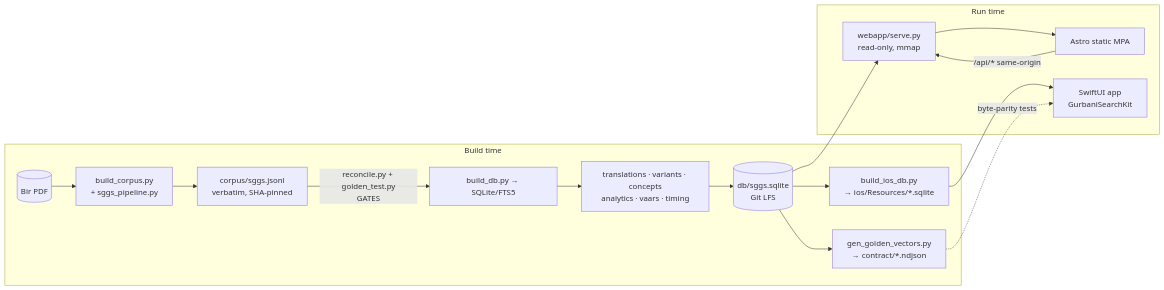
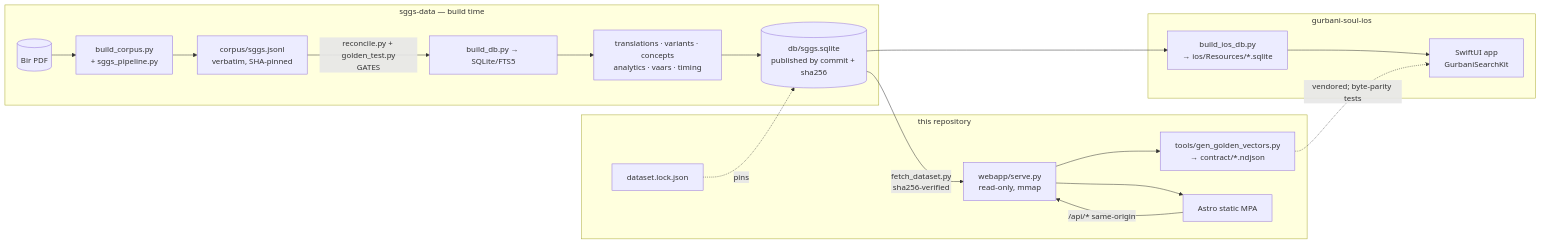
Before and after one commit to Algorythmos-AI/sggs-knowledge-base: the second of 3 diagrams in docs/architecture/overview.md, drawn with Mermaid. The commit also changed other lines of this file and 288 other files, not shown here.

````diff
--- a/docs/architecture/overview.md
+++ b/docs/architecture/overview.md
@@ -29,20 +29,23 @@
 ```mermaid
 flowchart LR
-    subgraph build[Build time]
+    subgraph data[sggs-data — build time]
       PDF[(Bir PDF)] --> corpus[build_corpus.py<br/>+ sggs_pipeline.py]
       corpus --> jsonl[corpus/sggs.jsonl<br/>verbatim, SHA-pinned]
       jsonl -->|reconcile.py + golden_test.py<br/>GATES| db[build_db.py → SQLite/FTS5]
       db --> enrich[translations · variants · concepts<br/>analytics · vaars · timing]
-      enrich --> sqlite[(db/sggs.sqlite<br/>Git LFS)]
-      sqlite --> contract[gen_golden_vectors.py<br/>→ contract/*.ndjson]
-      sqlite --> iosdb[build_ios_db.py<br/>→ ios/Resources/*.sqlite]
+      enrich --> sqlite[(db/sggs.sqlite<br/>published by commit + sha256)]
     end
-    subgraph run[Run time]
-      sqlite --> serve[webapp/serve.py<br/>read-only, mmap]
+    subgraph platform[this repository]
+      lock[dataset.lock.json] -.->|pins| sqlite
+      sqlite -->|fetch_dataset.py<br/>sha256-verified| serve[webapp/serve.py<br/>read-only, mmap]
+      serve --> contract[tools/gen_golden_vectors.py<br/>→ contract/*.ndjson]
       serve --> static[Astro static MPA]
       static -->|/api/* same-origin| serve
+    end
+    subgraph ios[gurbani-soul-ios]
+      sqlite --> iosdb[build_ios_db.py<br/>→ ios/Resources/*.sqlite]
       iosdb --> app[SwiftUI app<br/>GurbaniSearchKit]
-      contract -.->|byte-parity tests| app
+      contract -.->|vendored; byte-parity tests| app
     end
     classDef gate fill:#7a1f1f,color:#fff;
 ```
````
